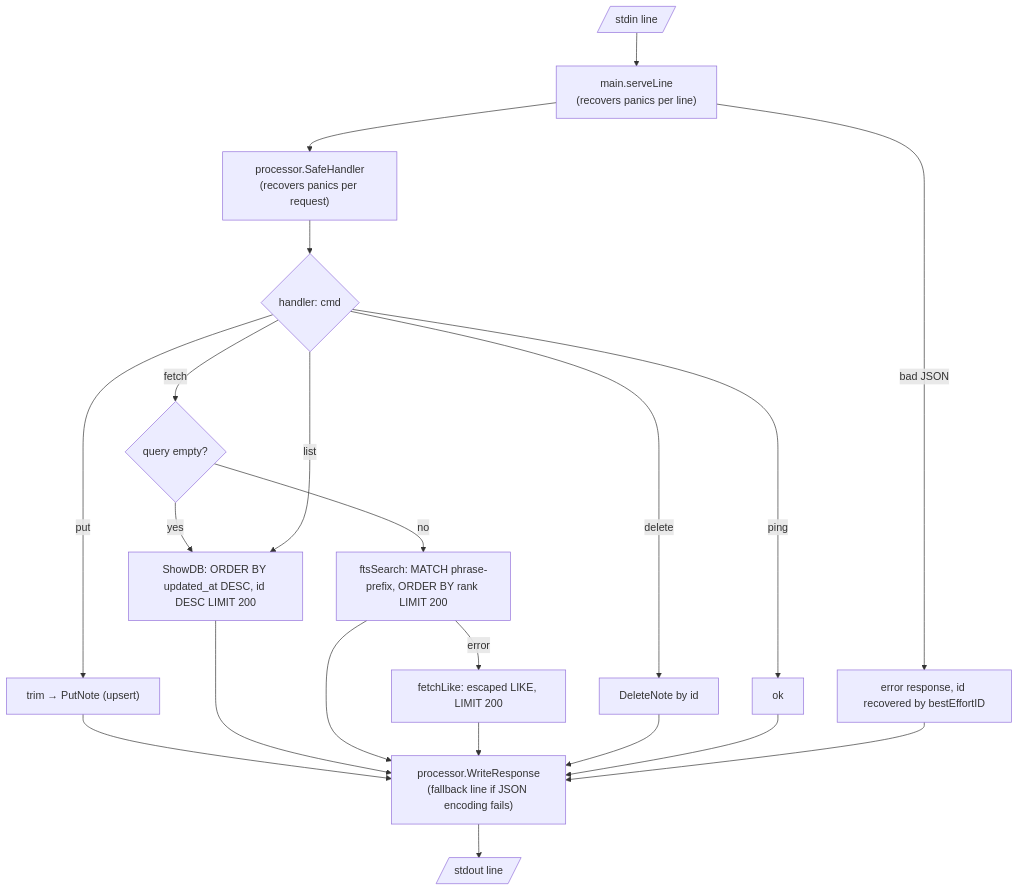
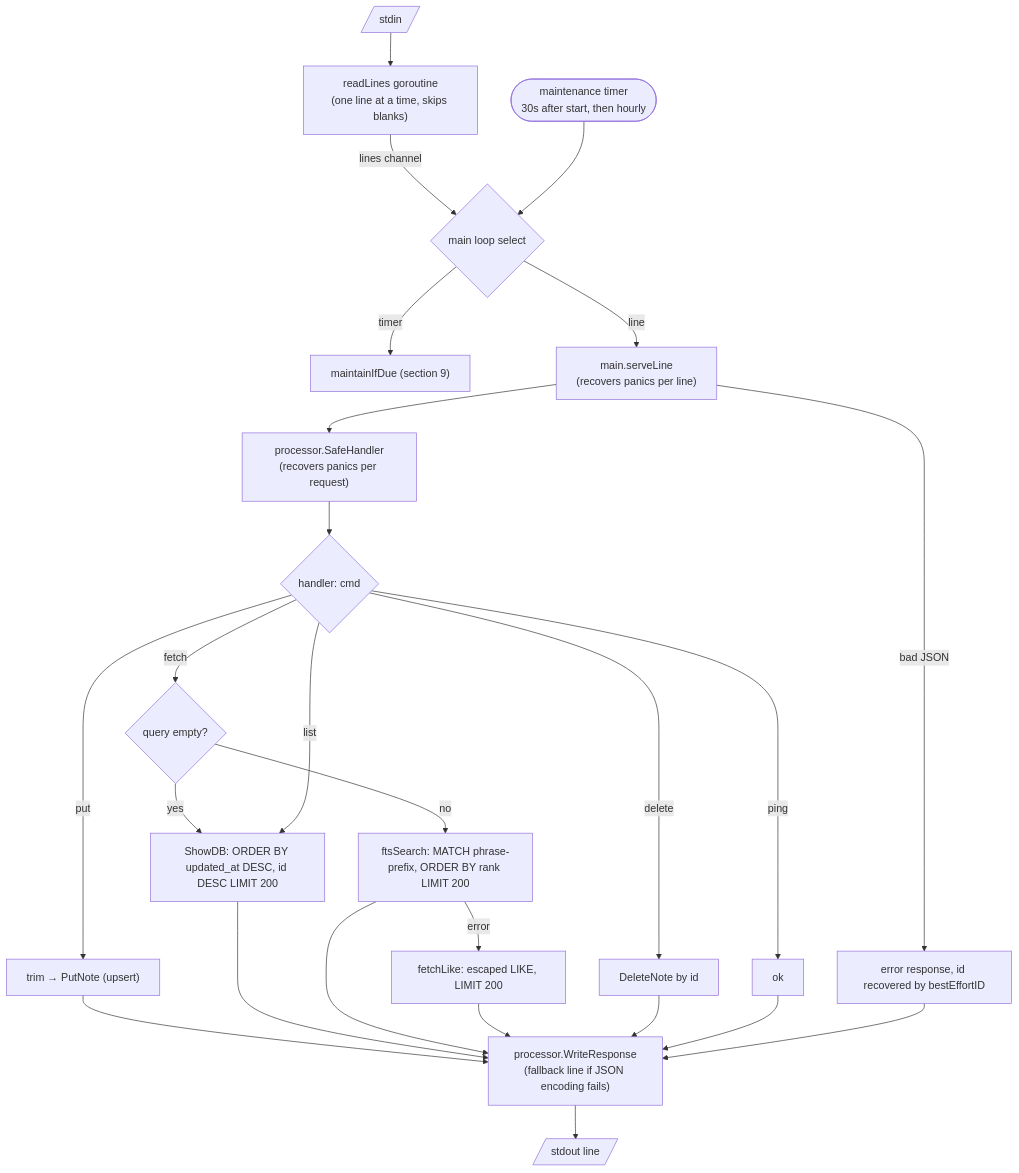
Before and after one commit to Rishabh-Hupr/note-taking: the seventh of 11 diagrams in DATA_FLOW.md, drawn with Mermaid. The commit also changed other lines of this file and 4 other files, not shown here.

````diff
--- a/DATA_FLOW.md
+++ b/DATA_FLOW.md
@@ -210,17 +213,21 @@
 ```mermaid
 flowchart TD
-    stdin[/"stdin line"/] --> serve["main.serveLine<br/>(recovers panics per line)"]
+    stdin[/"stdin"/] --> reader["readLines goroutine<br/>(one line at a time, skips blanks)"]
+    reader -->|lines channel| sel{"main loop select"}
+    timer(["maintenance timer<br/>30s after start, then hourly"]) --> sel
+    sel -->|timer| maint["maintainIfDue (section 9)"]
+    sel -->|line| serve["main.serveLine<br/>(recovers panics per line)"]
     serve -->|bad JSON| bad["error response, id recovered by bestEffortID"]
     serve --> safe["processor.SafeHandler<br/>(recovers panics per request)"]
     safe --> h{"handler: cmd"}
     h -->|put| put["trim → PutNote (upsert)"]
     h -->|fetch| fetch{"query empty?"}
     fetch -->|yes| show["ShowDB: ORDER BY updated_at DESC, id DESC LIMIT 200"]
     fetch -->|no| fts["ftsSearch: MATCH phrase-prefix, ORDER BY rank LIMIT 200"]
     fts -->|error| like["fetchLike: escaped LIKE, LIMIT 200"]
     h -->|list| show
     h -->|delete| delete["DeleteNote by id"]
     h -->|ping| ok["ok"]
     put & show & fts & like & delete & ok & bad --> write["processor.WriteResponse<br/>(fallback line if JSON encoding fails)"]
     write --> stdout[/"stdout line"/]
 ```
````
